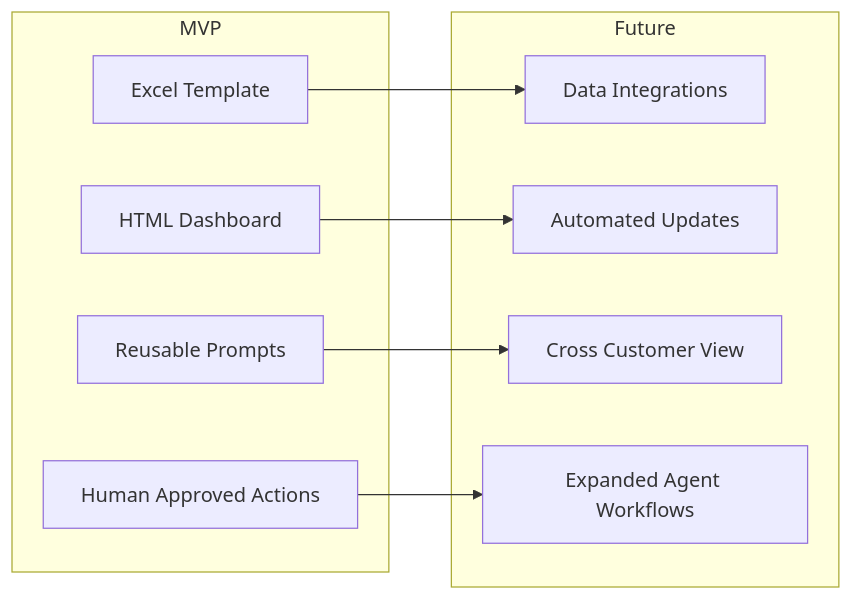
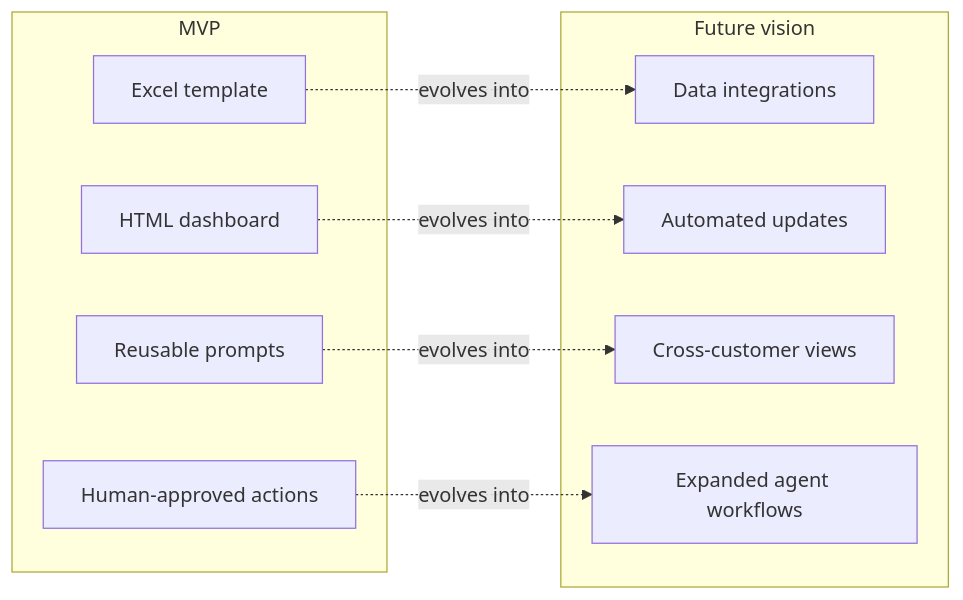
One commit to reyestech/PartnerPulse-Agent-Workspace changed the third of 3 diagrams in README.md. Above: the diagram before and after it, drawn with Mermaid. The commit also changed other lines of this file, not shown here.

````diff
--- a/README.md
+++ b/README.md
@@ -206,22 +149,21 @@
 ```mermaid
 flowchart LR
+    subgraph MVP
+        A[Excel template]
+        B[HTML dashboard]
+        C[Reusable prompts]
+        D[Human-approved actions]
+    end
 
-subgraph MVP
-A["Excel Template"]
-B["HTML Dashboard"]
-C["Reusable Prompts"]
-D["Human Approved Actions"]
-end
+    subgraph Future vision
+        E[Data integrations]
+        F[Automated updates]
+        G[Cross-customer views]
+        H[Expanded agent workflows]
+    end
 
-subgraph Future
-E["Data Integrations"]
-F["Automated Updates"]
-G["Cross Customer View"]
-H["Expanded Agent Workflows"]
-end
-
-A --> E
-B --> F
-C --> G
-D --> H
+    A -. evolves into .-> E
+    B -. evolves into .-> F
+    C -. evolves into .-> G
+    D -. evolves into .-> H
 ```
````
